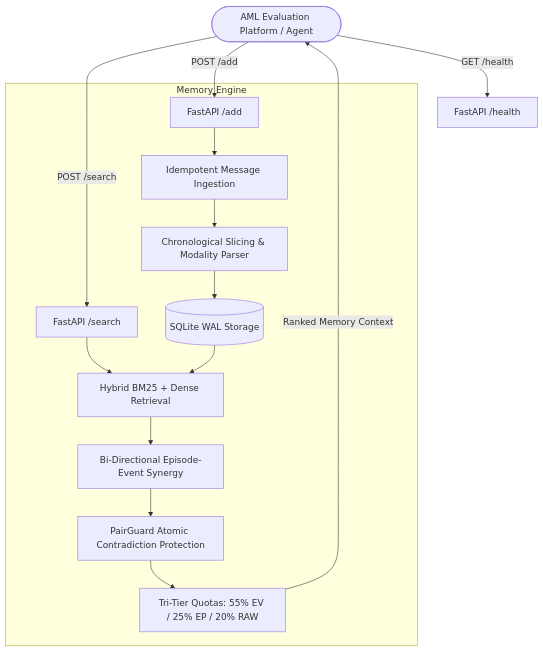
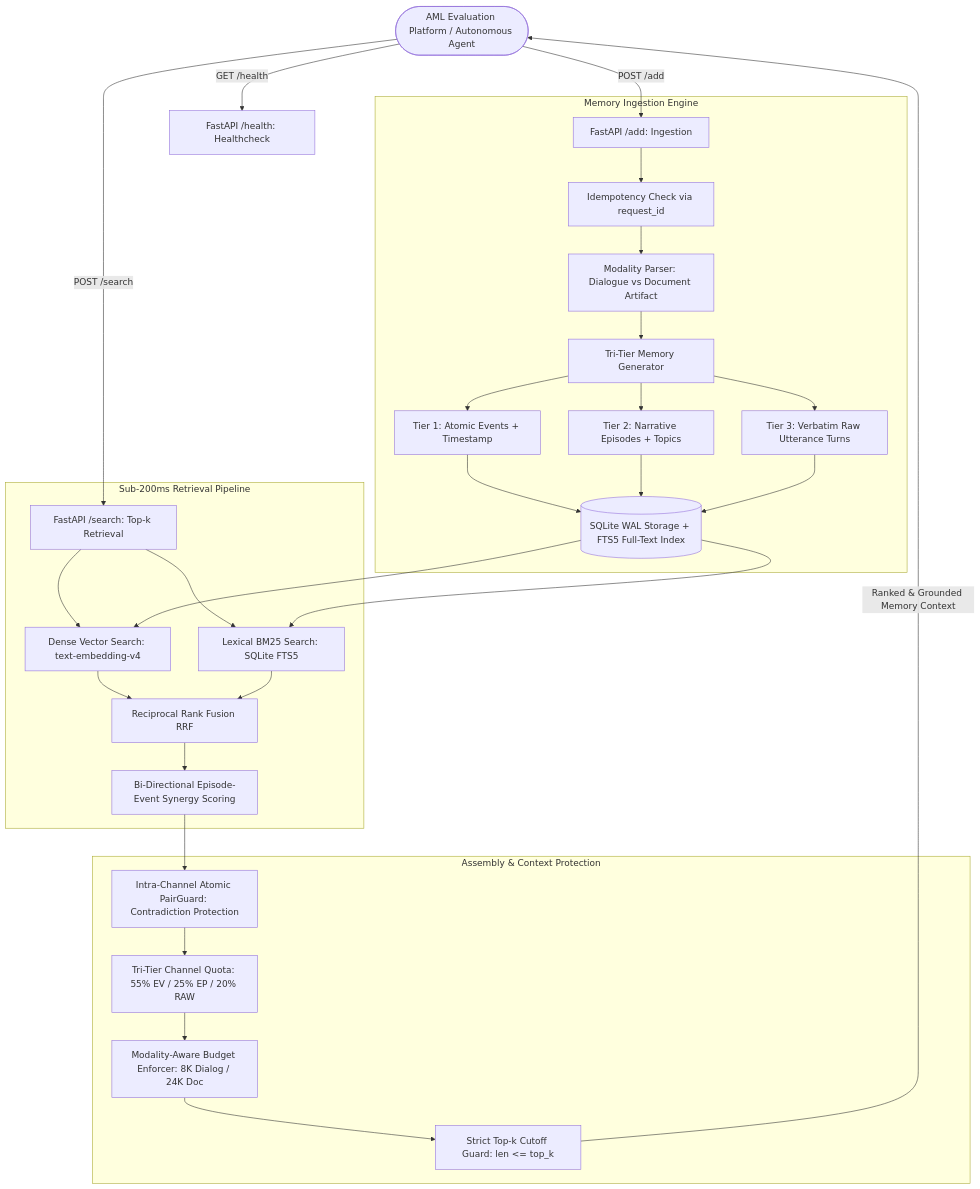
One commit to jianminYa/e2mem-aml-public changed the diagram in README.md. Above: the diagram before and after it, drawn with Mermaid. The commit also changed other lines of this file and 2 other files, not shown here.

Commit message:
docs: comprehensive English architecture guide, benchmark results, and Claude research consultation brief

````diff
--- a/README.md
+++ b/README.md
@@ -19,20 +35,33 @@
 ```mermaid
 flowchart TD
-    User([AML Evaluation Platform / Agent]) -->|POST /add| API_Add[FastAPI /add]
-    User -->|POST /search| API_Search[FastAPI /search]
-    User -->|GET /health| API_Health[FastAPI /health]
+    User([AML Evaluation Platform / Autonomous Agent]) -->|POST /add| API_Add[FastAPI /add: Ingestion]
+    User -->|POST /search| API_Search[FastAPI /search: Top-k Retrieval]
+    User -->|GET /health| API_Health[FastAPI /health: Healthcheck]
 
-    subgraph Memory Engine
-        API_Add --> Ingest[Idempotent Message Ingestion]
-        Ingest --> Splitter[Chronological Slicing & Modality Parser]
-        Splitter --> SQLite[(SQLite WAL Storage)]
-
-        API_Search --> HybridRetrieve[Hybrid BM25 + Dense Retrieval]
-        SQLite --> HybridRetrieve
-        HybridRetrieve --> Synergy[Bi-Directional Episode-Event Synergy]
-        Synergy --> PairGuard[PairGuard Atomic Contradiction Protection]
-        PairGuard --> Quota[Tri-Tier Quotas: 55% EV / 25% EP / 20% RAW]
+    subgraph Memory Ingestion Engine
+        API_Add --> Ingest[Idempotency Check via request_id]
+        Ingest --> Splitter[Modality Parser: Dialogue vs Document Artifact]
+        Splitter --> TriTier[Tri-Tier Memory Generator]
+        TriTier --> EV[Tier 1: Atomic Events + Timestamp]
+        TriTier --> EP[Tier 2: Narrative Episodes + Topics]
+        TriTier --> RAW[Tier 3: Verbatim Raw Utterance Turns]
+        EV & EP & RAW --> SQLite[(SQLite WAL Storage + FTS5 Full-Text Index)]
     end
 
-    Quota -->|Ranked Memory Context| User
+    subgraph Sub-200ms Retrieval Pipeline
+        API_Search --> Dense[Dense Vector Search: text-embedding-v4]
+        API_Search --> Lexical[Lexical BM25 Search: SQLite FTS5]
+        SQLite --> Dense & Lexical
+        Dense & Lexical --> RRF[Reciprocal Rank Fusion RRF]
+        RRF --> Synergy[Bi-Directional Episode-Event Synergy Scoring]
+    end
+
+    subgraph Assembly & Context Protection
+        Synergy --> PairGuard[Intra-Channel Atomic PairGuard: Contradiction Protection]
+        PairGuard --> Quota[Tri-Tier Channel Quota: 55% EV / 25% EP / 20% RAW]
+        Quota --> ModalityBudget[Modality-Aware Budget Enforcer: 8K Dialog / 24K Doc]
+        ModalityBudget --> TopKGuard[Strict Top-k Cutoff Guard: len <= top_k]
+    end
+
+    TopKGuard -->|Ranked & Grounded Memory Context| User
 ```
````
